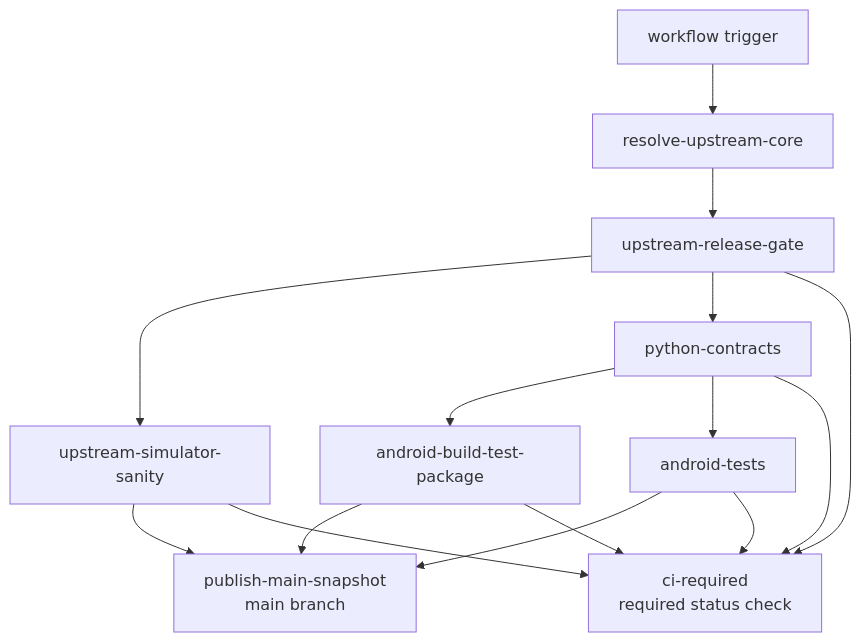
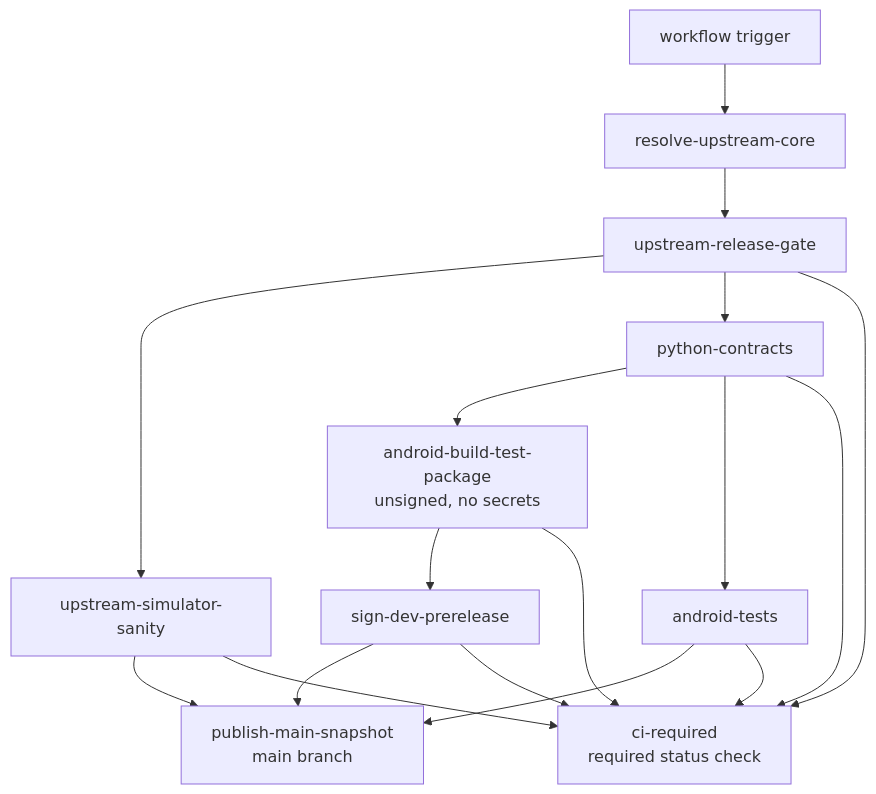
Before and after one commit to ppigazzini/r47zen: the first of 2 diagrams in android/docs/dev/07-ci-and-release-workflow.md, drawn with Mermaid. The commit also changed other lines of this file and 9 other files, not shown here.

````diff
--- a/android/docs/dev/07-ci-and-release-workflow.md
+++ b/android/docs/dev/07-ci-and-release-workflow.md
@@ -18,26 +18,29 @@
 ```mermaid
 flowchart TD
   A[workflow trigger]
   B[resolve-upstream-core]
   C[upstream-release-gate]
   D[upstream-simulator-sanity]
   E[python-contracts]
-  F[android-build-test-package]
+  F[android-build-test-package<br/>unsigned, no secrets]
+  S[sign-dev-prerelease]
   G[android-tests]
   H[publish-main-snapshot<br/>main branch]
   R[ci-required<br/>required status check]
 
   A --> B --> C
   C --> D
   C --> E
   E --> F
+  F --> S
   E --> G
   D --> H
-  F --> H
+  S --> H
   G --> H
   C --> R
   D --> R
   E --> R
   F --> R
+  S --> R
   G --> R
 ```
````
